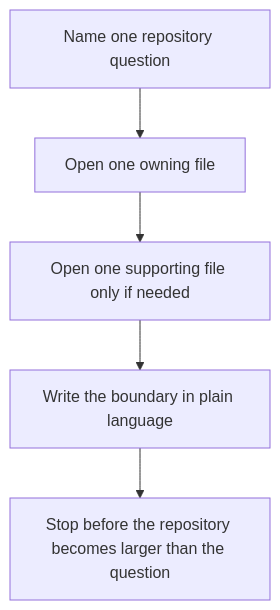
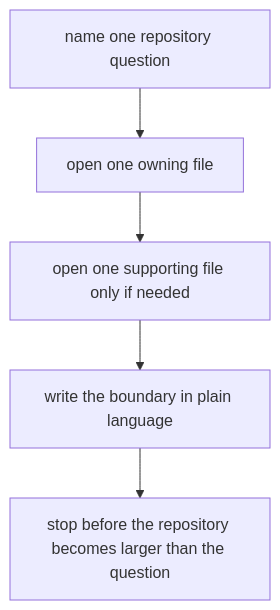
One commit to bijux/bijux-masterclass changed the diagram in programs/reproducible-research/deep-dive-snakemake/course-book/capstone/capstone-file-guide.md. Above: the diagram before and after it, drawn with Mermaid. The commit also changed other lines of this file and 1 other file, not shown here.

````diff
--- a/programs/reproducible-research/deep-dive-snakemake/course-book/capstone/capstone-file-guide.md
+++ b/programs/reproducible-research/deep-dive-snakemake/course-book/capstone/capstone-file-guide.md
@@ -22,7 +37,7 @@
 ```mermaid
 flowchart TD
-  question["Name one repository question"] --> first["Open one owning file"]
-  first --> second["Open one supporting file only if needed"]
-  second --> note["Write the boundary in plain language"]
-  note --> stop["Stop before the repository becomes larger than the question"]
+  question["name one repository question"] --> first["open one owning file"]
+  first --> second["open one supporting file only if needed"]
+  second --> note["write the boundary in plain language"]
+  note --> stop["stop before the repository becomes larger than the question"]
 ```
````
